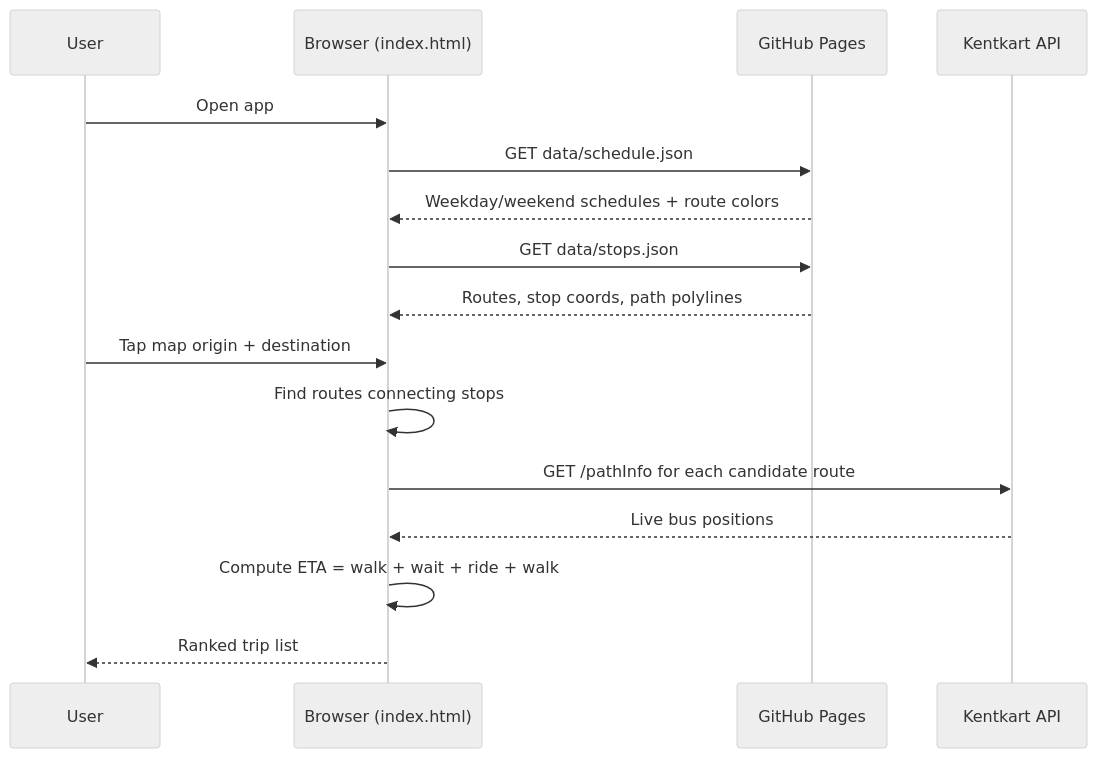
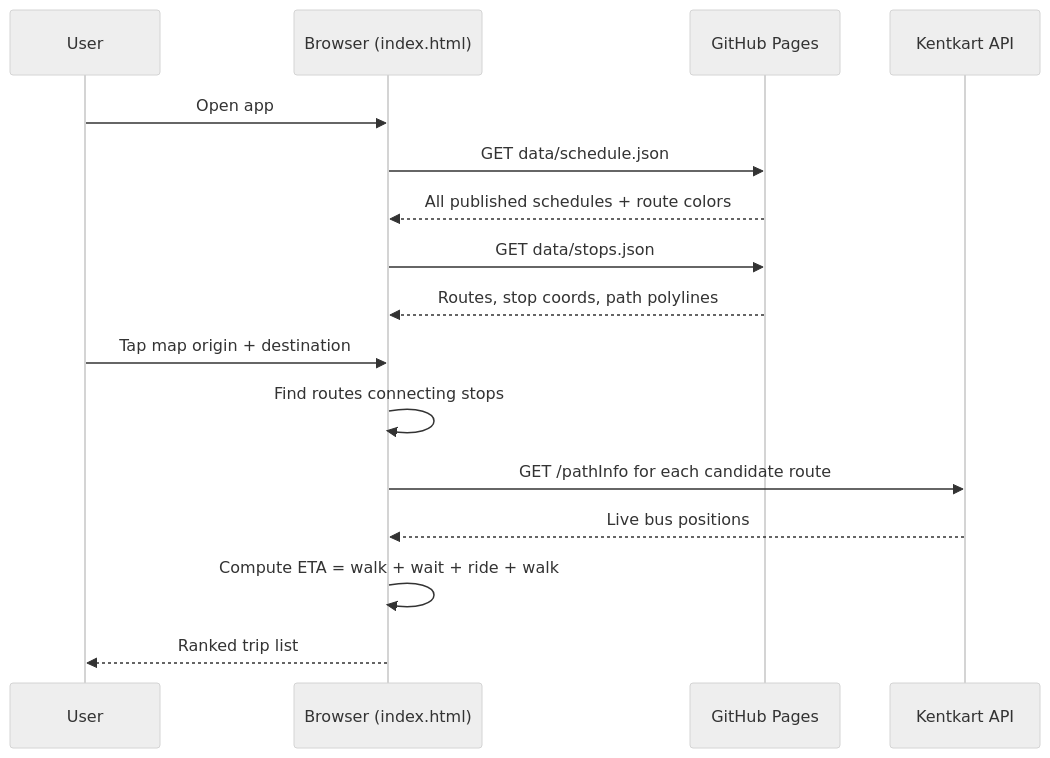
The first of 3 diagrams in _pages/projects/canakkale-hat-sefer.md (GamehunterKaan/kaangultekin.net), drawn with Mermaid (neutral theme) before and after one commit. The commit also changed other lines of this file, not shown here.

```diff
--- a/_pages/projects/canakkale-hat-sefer.md
+++ b/_pages/projects/canakkale-hat-sefer.md
@@ -92,20 +111,20 @@
 <div class="mermaid">
 sequenceDiagram
     participant User
     participant Browser as Browser (index.html)
     participant GHPages as GitHub Pages
     participant Kentkart as Kentkart API
 
     User->>Browser: Open app
     Browser->>GHPages: GET data/schedule.json
-    GHPages-->>Browser: Weekday/weekend schedules + route colors
+    GHPages-->>Browser: All published schedules + route colors
     Browser->>GHPages: GET data/stops.json
     GHPages-->>Browser: Routes, stop coords, path polylines
 
     User->>Browser: Tap map origin + destination
     Browser->>Browser: Find routes connecting stops
     Browser->>Kentkart: GET /pathInfo for each candidate route
     Kentkart-->>Browser: Live bus positions
     Browser->>Browser: Compute ETA = walk + wait + ride + walk
     Browser-->>User: Ranked trip list
 </div>
```
